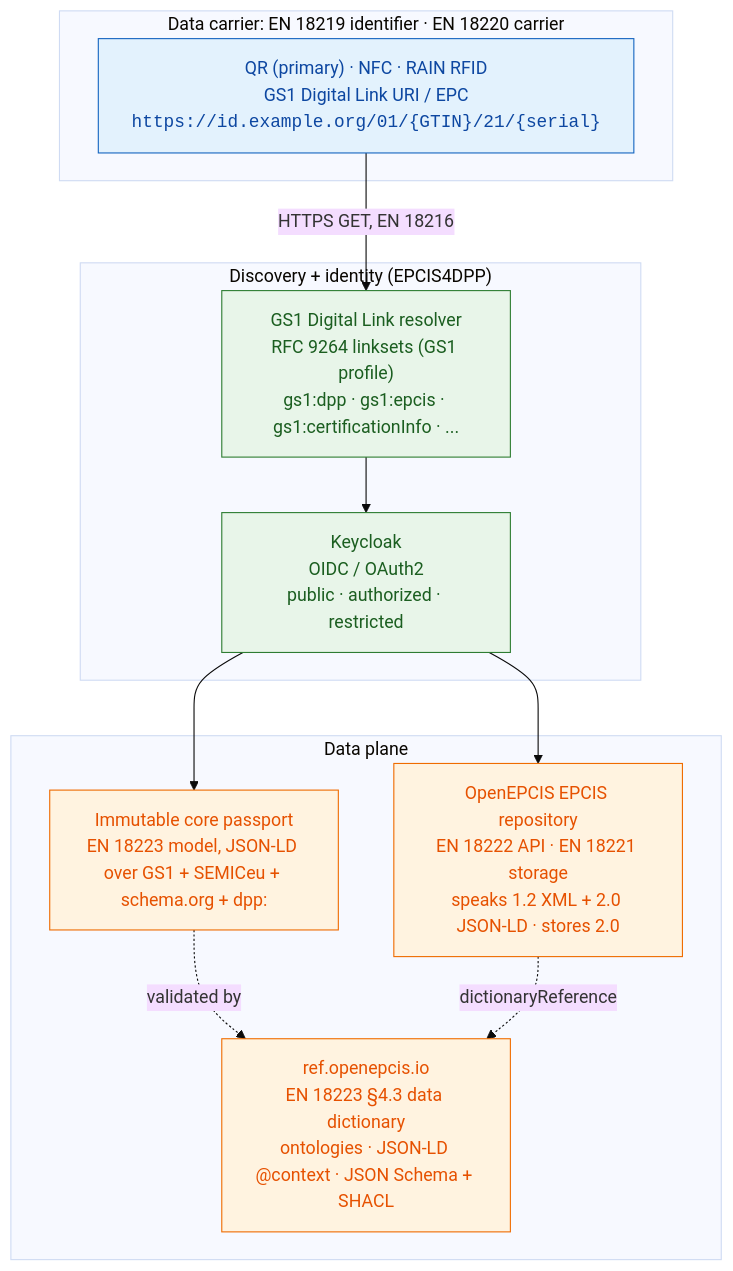
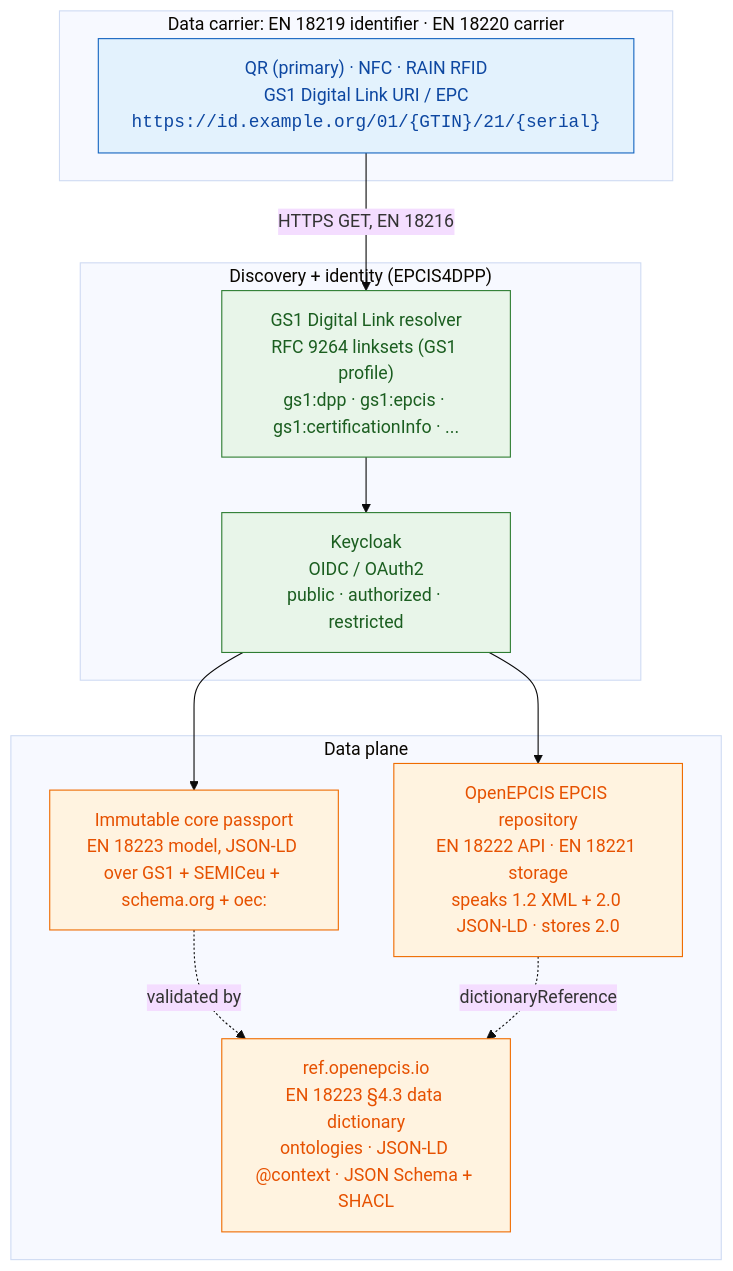
The first of 3 diagrams in extensions/common/interop/docs/GS1_STACK_EN182XX_WHITEPAPER.md (openepcis/openepcis-dpp-ready), drawn with Mermaid (base theme) before and after one commit. The commit also changed other lines of this file and 181 other files, not shown here.

````diff
--- a/extensions/common/interop/docs/GS1_STACK_EN182XX_WHITEPAPER.md
+++ b/extensions/common/interop/docs/GS1_STACK_EN182XX_WHITEPAPER.md
@@ -137,31 +137,31 @@
 ```mermaid
 flowchart TB
     subgraph CARRIER["Data carrier: EN 18219 identifier · EN 18220 carrier"]
         QR["QR (primary) · NFC · RAIN RFID<br/>GS1 Digital Link URI / EPC<br/><code>https://id.example.org/01/{GTIN}/21/{serial}</code>"]
     end
 
     subgraph EDGE["Discovery + identity (EPCIS4DPP)"]
         KC["Keycloak<br/>OIDC / OAuth2<br/>public · authorized · restricted"]
         DLR["GS1 Digital Link resolver<br/>RFC 9264 linksets (GS1 profile)<br/>gs1:dpp · gs1:epcis · gs1:certificationInfo · ..."]
     end
 
     subgraph DATA["Data plane"]
         REG["ref.openepcis.io<br/>EN 18223 §4.3 data dictionary<br/>ontologies · JSON-LD @context · JSON Schema + SHACL"]
-        CORE["Immutable core passport<br/>EN 18223 model, JSON-LD over GS1 + SEMICeu + schema.org + dpp:"]
+        CORE["Immutable core passport<br/>EN 18223 model, JSON-LD over GS1 + SEMICeu + schema.org + oec:"]
         EPCIS["OpenEPCIS EPCIS repository<br/>EN 18222 API · EN 18221 storage<br/>speaks 1.2 XML + 2.0 JSON-LD · stores 2.0"]
     end
 
     QR -->|HTTPS GET, EN 18216| DLR
     DLR --> KC
     KC --> CORE
     KC --> EPCIS
     CORE -. validated by .-> REG
     EPCIS -. dictionaryReference .-> REG
 
     classDef carrier fill:#e3f2fd,stroke:#1565c0,color:#0d47a1;
     classDef edge fill:#e8f5e9,stroke:#2e7d32,color:#1b5e20;
     classDef data fill:#fff3e0,stroke:#ef6c00,color:#e65100;
     class QR carrier;
     class KC,DLR edge;
     class REG,CORE,EPCIS data;
 ```
````
